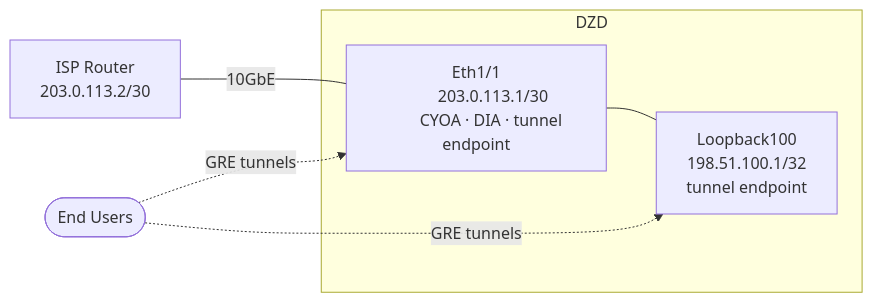
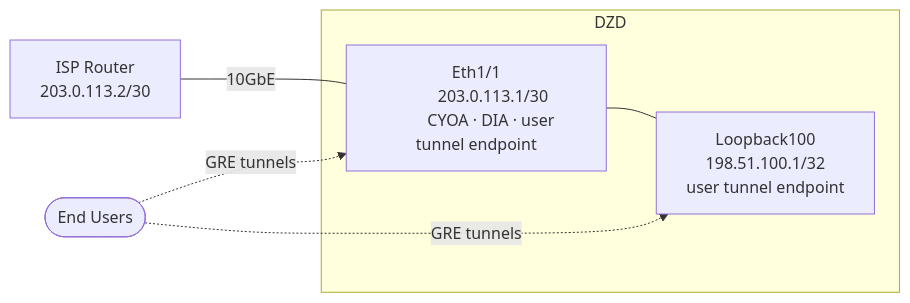
One commit to malbeclabs/docs changed the eighth of 14 diagrams in docs/contribute-provisioning.md. Above: the diagram before and after it, drawn with Mermaid. The commit also changed other lines of this file, not shown here.

````diff
--- a/docs/contribute-provisioning.md
+++ b/docs/contribute-provisioning.md
@@ -390,21 +457,20 @@
 ```mermaid
 flowchart LR
     USERS(["End Users"])
 
     subgraph DZD["DZD"]
         E1["Eth1/1
         203.0.113.1/30
-        CYOA · DIA · tunnel endpoint"]
+        CYOA · DIA · user tunnel endpoint"]
         LO["Loopback100
-        198.51.100.1/32
-        tunnel endpoint"]
+        198.51.100.1/32\n        user tunnel endpoint"]
         E1 --- LO
     end
 
     ISP["ISP Router
     203.0.113.2/30"]
 
     ISP -- "10GbE" --- E1
     USERS -. "GRE tunnels" .-> E1
     USERS -. "GRE tunnels" .-> LO
 ```
````
